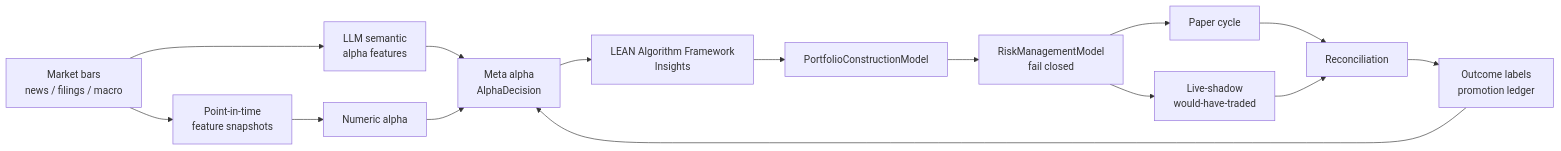
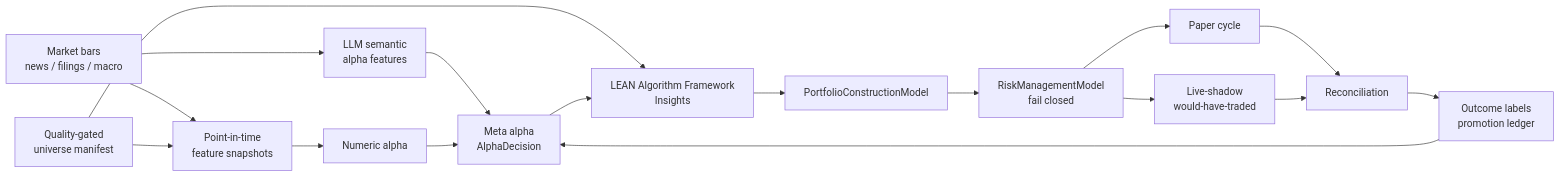
Before and after one commit to gigio1023/lincei-quant-research-engine: the first of 5 diagrams in README.md, drawn with Mermaid. The commit also changed other lines of this file and 57 other files, not shown here.

Commit message:
Harden quality-gated LEAN cloud backtests (#22)

````diff
--- a/README.md
+++ b/README.md
@@ -20,17 +21,19 @@
 ```mermaid
 flowchart LR
     RAW["Market bars<br/>news / filings / macro"] --> FS["Point-in-time<br/>feature snapshots"]
+    MANIFEST["Quality-gated<br/>universe manifest"] --> FS
+    MANIFEST --> LEAN
     RAW --> LLMFEAT["LLM semantic<br/>alpha features"]
     FS --> NUM["Numeric alpha"]
     LLMFEAT --> META["Meta alpha<br/>AlphaDecision"]
     NUM --> META
     META --> LEAN["LEAN Algorithm Framework<br/>Insights"]
     LEAN --> PC["PortfolioConstructionModel"]
     PC --> RISK["RiskManagementModel<br/>fail closed"]
     RISK --> PAPER["Paper cycle"]
     RISK --> SHADOW["Live-shadow<br/>would-have-traded"]
     PAPER --> RECON["Reconciliation"]
     SHADOW --> RECON
     RECON --> LEARN["Outcome labels<br/>promotion ledger"]
     LEARN --> META
 ```
````
